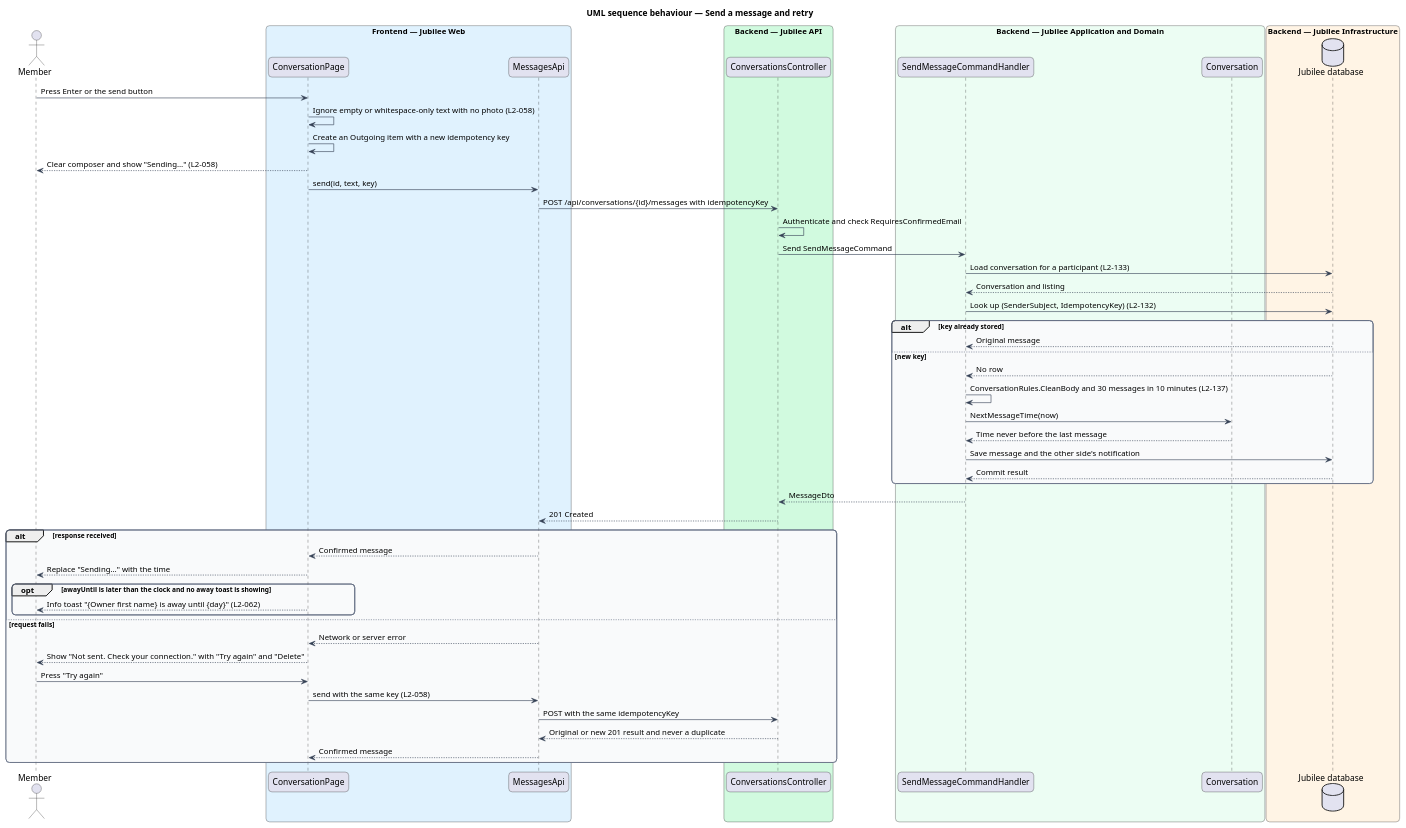
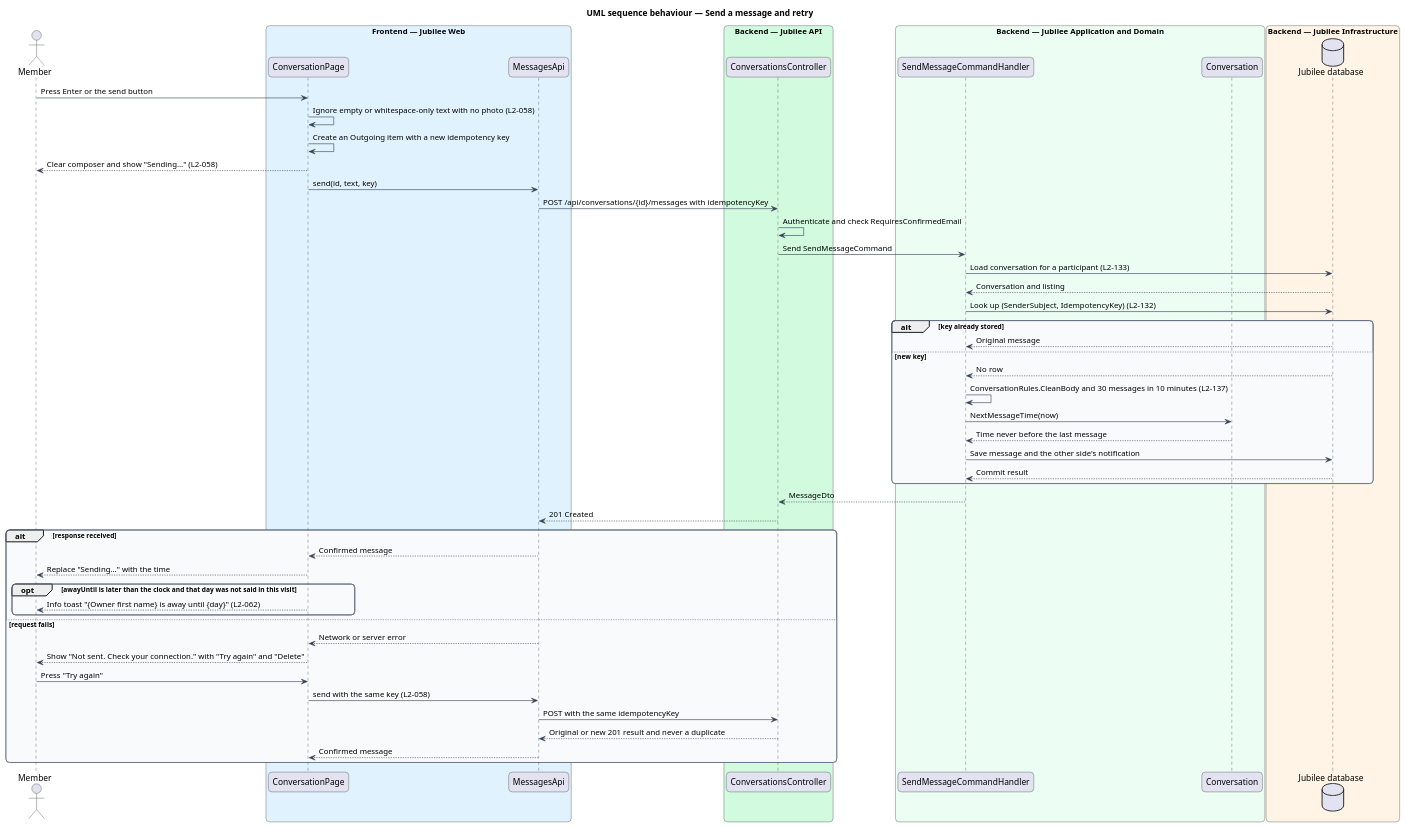
The diagram in docs/detailed-designs/messaging/exchange-messages/diagrams/sequence-send-message.puml (QuinntyneBrown/jubilee), drawn with PlantUML before and after one commit. The commit also changed 7 other files, not shown here.

First line of the commit message:
Show the away toast once for a visit, not at every send

```diff
--- a/docs/detailed-designs/messaging/exchange-messages/diagrams/sequence-send-message.puml
+++ b/docs/detailed-designs/messaging/exchange-messages/diagrams/sequence-send-message.puml
@@ -1,70 +1,70 @@
 @startuml
 title UML sequence behaviour — Send a message and retry
 skinparam backgroundColor #FFFFFF
 skinparam shadowing false
 skinparam roundcorner 12
 skinparam defaultFontName Arial
 skinparam ArrowColor #344054
 skinparam rectangle {
   BorderColor #344054
   FontColor #101828
 }
 skinparam package {
   BorderColor #667085
   FontColor #101828
   BackgroundColor #F9FAFB
 }
 actor "Member" as member
 box "Frontend — Jubilee Web" #E0F2FE
   participant "ConversationPage" as page
   participant "MessagesApi" as client
 end box
 box "Backend — Jubilee API" #D1FADF
   participant "ConversationsController" as controller
 end box
 box "Backend — Jubilee Application and Domain" #ECFDF3
   participant "SendMessageCommandHandler" as handler
   participant "Conversation" as entity
 end box
 box "Backend — Jubilee Infrastructure" #FFF4E5
   database "Jubilee database" as db
 end box
 member -> page : Press Enter or the send button
 page -> page : Ignore empty or whitespace-only text with no photo (L2-058)
 page -> page : Create an Outgoing item with a new idempotency key
 page --> member : Clear composer and show "Sending…" (L2-058)
 page -> client : send(id, text, key)
 client -> controller : POST /api/conversations/{id}/messages with idempotencyKey
 controller -> controller : Authenticate and check RequiresConfirmedEmail
 controller -> handler : Send SendMessageCommand
 handler -> db : Load conversation for a participant (L2-133)
 db --> handler : Conversation and listing
 handler -> db : Look up (SenderSubject, IdempotencyKey) (L2-132)
 alt key already stored
   db --> handler : Original message
 else new key
   db --> handler : No row
   handler -> handler : ConversationRules.CleanBody and 30 messages in 10 minutes (L2-137)
   handler -> entity : NextMessageTime(now)
   entity --> handler : Time never before the last message
   handler -> db : Save message and the other side's notification
   db --> handler : Commit result
 end
 handler --> controller : MessageDto
 controller --> client : 201 Created
 alt response received
   client --> page : Confirmed message
   page --> member : Replace "Sending…" with the time
-  opt awayUntil is later than the clock and no away toast is showing
+  opt awayUntil is later than the clock and that day was not said in this visit
     page --> member : Info toast "{Owner first name} is away until {day}" (L2-062)
   end
 else request fails
   client --> page : Network or server error
   page --> member : Show "Not sent. Check your connection." with "Try again" and "Delete"
   member -> page : Press "Try again"
   page -> client : send with the same key (L2-058)
   client -> controller : POST with the same idempotencyKey
   controller --> client : Original or new 201 result and never a duplicate
   client --> page : Confirmed message
 end
 @enduml
```
